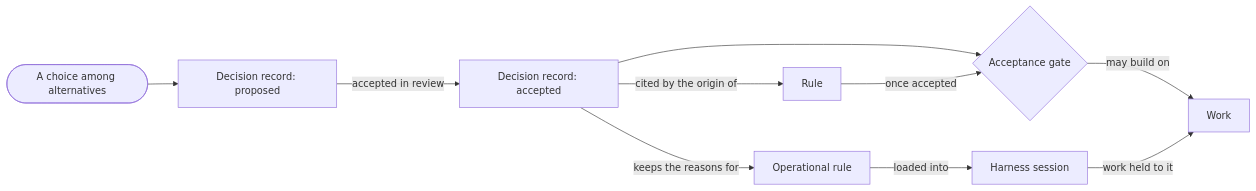
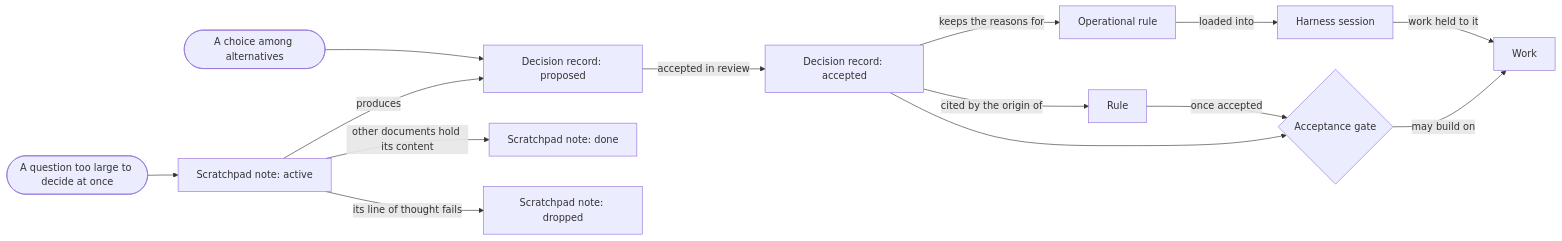
The second of 6 diagrams in tech-docs/analysis/core/domain-model/010-the-system-and-its-methodology.md (aleskalfas/project-kit), drawn with Mermaid before and after one commit. The commit also changed other lines of this file and 2 other files, not shown here.

````diff
--- a/tech-docs/analysis/core/domain-model/010-the-system-and-its-methodology.md
+++ b/tech-docs/analysis/core/domain-model/010-the-system-and-its-methodology.md
@@ -78,14 +86,18 @@
 ```mermaid
 flowchart LR
   accTitle: How a choice comes to bind work
-  accDescr: A choice among alternatives is written as a proposed decision record. Once accepted in review, it passes the acceptance gate, so work may build on it, and a rule's origin may cite it. A rule passes the gate once it is accepted too. Decision records keep the reasons for operational rules, which the harness's include loads into each session, where work is held to them.
+  accDescr: A question too large to decide at once is explored in an active scratchpad note. The note may produce a proposed decision record, and retires as done, or is dropped. A choice among alternatives is written as a proposed decision record. Once accepted in review, it passes the acceptance gate, so work may build on it, and a rule's origin may cite it. A rule passes the gate once it is accepted too. Decision records keep the reasons for operational rules, which the harness's include loads into each session, where work is held to them.
+  Q([A question too large to decide at once]) --> N[Scratchpad note: active]
+  N -->|produces| P
+  N -->|other documents hold its content| ND[Scratchpad note: done]
+  N -->|its line of thought fails| NX[Scratchpad note: dropped]
   C([A choice among alternatives]) --> P[Decision record: proposed]
   P -->|accepted in review| A[Decision record: accepted]
   A --> G{Acceptance gate}
   G -->|may build on| W[Work]
   A -->|cited by the origin of| R[Rule]
   R -->|once accepted| G
   A -->|keeps the reasons for| O[Operational rule]
   O -->|loaded into| S[Harness session]
   S -->|work held to it| W
 ```
````
